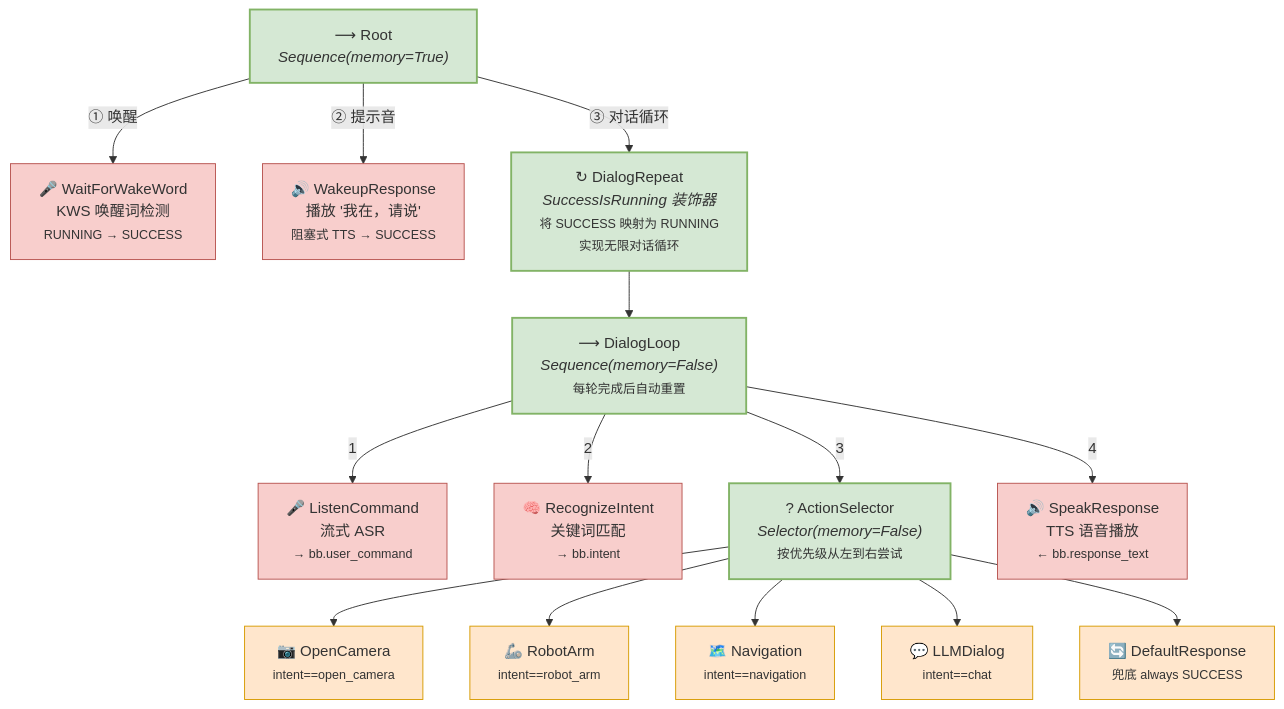
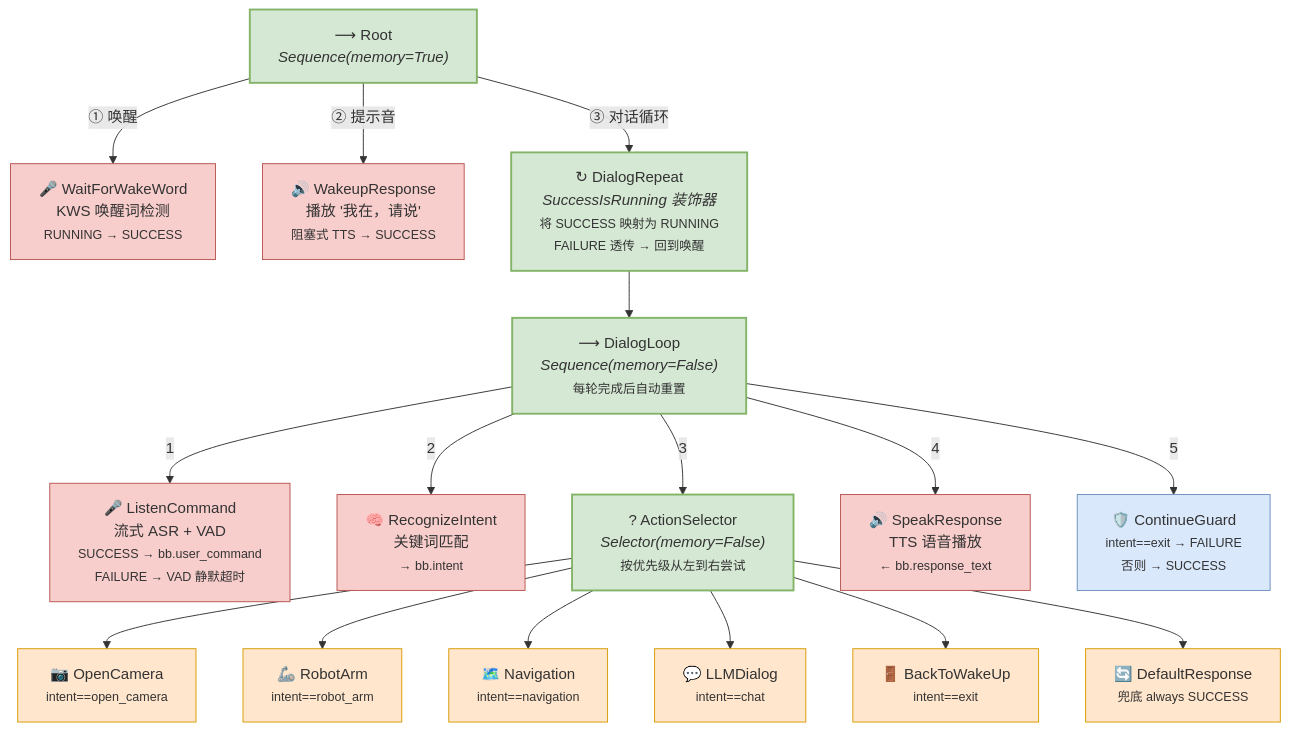
One commit to QiuYuCode/smart-voice-robot changed the second of 6 diagrams in README.md. Above: the diagram before and after it, drawn with Mermaid. The commit also changed other lines of this file and 1 other file, not shown here.

````diff
--- a/README.md
+++ b/README.md
@@ -81,47 +83,53 @@
 ```mermaid
 graph TD
     Root["⟶ Root<br/><i>Sequence(memory=True)</i>"]
     WakeWord["🎤 WaitForWakeWord<br/>KWS 唤醒词检测<br/><small>RUNNING → SUCCESS</small>"]
     WakeupSound["🔊 WakeupResponse<br/>播放 '我在，请说'<br/><small>阻塞式 TTS → SUCCESS</small>"]
-    DialogRepeat["↻ DialogRepeat<br/><i>SuccessIsRunning 装饰器</i><br/><small>将 SUCCESS 映射为 RUNNING<br/>实现无限对话循环</small>"]
+    DialogRepeat["↻ DialogRepeat<br/><i>SuccessIsRunning 装饰器</i><br/><small>将 SUCCESS 映射为 RUNNING<br/>FAILURE 透传 → 回到唤醒</small>"]
     DialogLoop["⟶ DialogLoop<br/><i>Sequence(memory=False)</i><br/><small>每轮完成后自动重置</small>"]
-    Listen["🎤 ListenCommand<br/>流式 ASR<br/><small>→ bb.user_command</small>"]
+    Listen["🎤 ListenCommand<br/>流式 ASR + VAD<br/><small>SUCCESS → bb.user_command<br/>FAILURE → VAD 静默超时</small>"]
     Intent["🧠 RecognizeIntent<br/>关键词匹配<br/><small>→ bb.intent</small>"]
     ActionSel["? ActionSelector<br/><i>Selector(memory=False)</i><br/><small>按优先级从左到右尝试</small>"]
     Speak["🔊 SpeakResponse<br/>TTS 语音播放<br/><small>← bb.response_text</small>"]
+    Guard["🛡️ ContinueGuard<br/><small>intent==exit → FAILURE<br/>否则 → SUCCESS</small>"]
 
     Camera["📷 OpenCamera<br/><small>intent==open_camera</small>"]
     Arm["🦾 RobotArm<br/><small>intent==robot_arm</small>"]
     Nav["🗺️ Navigation<br/><small>intent==navigation</small>"]
     LLM["💬 LLMDialog<br/><small>intent==chat</small>"]
+    Exit["🚪 BackToWakeUp<br/><small>intent==exit</small>"]
     Default["🔄 DefaultResponse<br/><small>兜底 always SUCCESS</small>"]
 
     Root -->|"① 唤醒"| WakeWord
     Root -->|"② 提示音"| WakeupSound
     Root -->|"③ 对话循环"| DialogRepeat
     DialogRepeat --> DialogLoop
     DialogLoop -->|"1"| Listen
     DialogLoop -->|"2"| Intent
     DialogLoop -->|"3"| ActionSel
     DialogLoop -->|"4"| Speak
+    DialogLoop -->|"5"| Guard
     ActionSel --> Camera
     ActionSel --> Arm
     ActionSel --> Nav
     ActionSel --> LLM
+    ActionSel --> Exit
     ActionSel --> Default
 
     style Root fill:#d5e8d4,stroke:#82b366,stroke-width:2px
     style DialogRepeat fill:#d5e8d4,stroke:#82b366,stroke-width:2px
     style DialogLoop fill:#d5e8d4,stroke:#82b366,stroke-width:2px
     style ActionSel fill:#d5e8d4,stroke:#82b366,stroke-width:2px
     style WakeWord fill:#f8cecc,stroke:#b85450
     style WakeupSound fill:#f8cecc,stroke:#b85450
     style Listen fill:#f8cecc,stroke:#b85450
     style Intent fill:#f8cecc,stroke:#b85450
     style Speak fill:#f8cecc,stroke:#b85450
+    style Guard fill:#dae8fc,stroke:#6c8ebf
     style Camera fill:#ffe6cc,stroke:#d79b00
     style Arm fill:#ffe6cc,stroke:#d79b00
     style Nav fill:#ffe6cc,stroke:#d79b00
     style LLM fill:#ffe6cc,stroke:#d79b00
+    style Exit fill:#ffe6cc,stroke:#d79b00
     style Default fill:#ffe6cc,stroke:#d79b00
 ```
````
